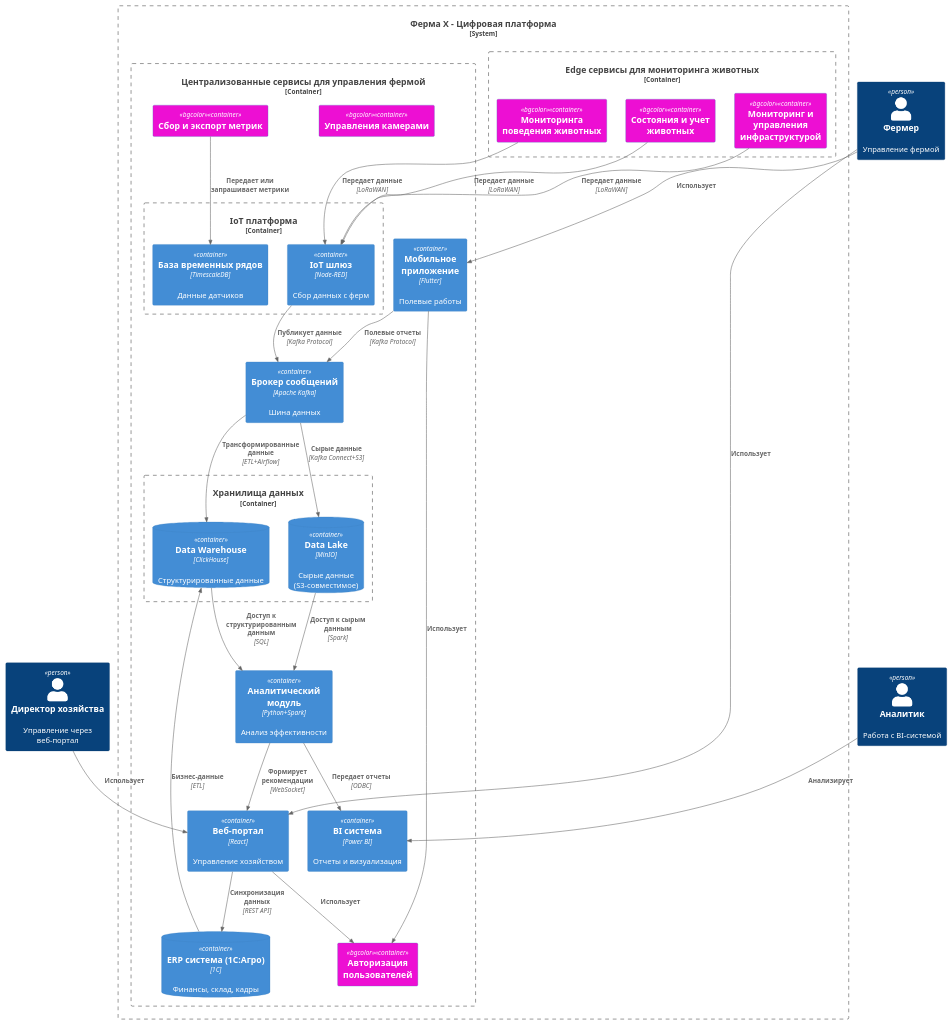
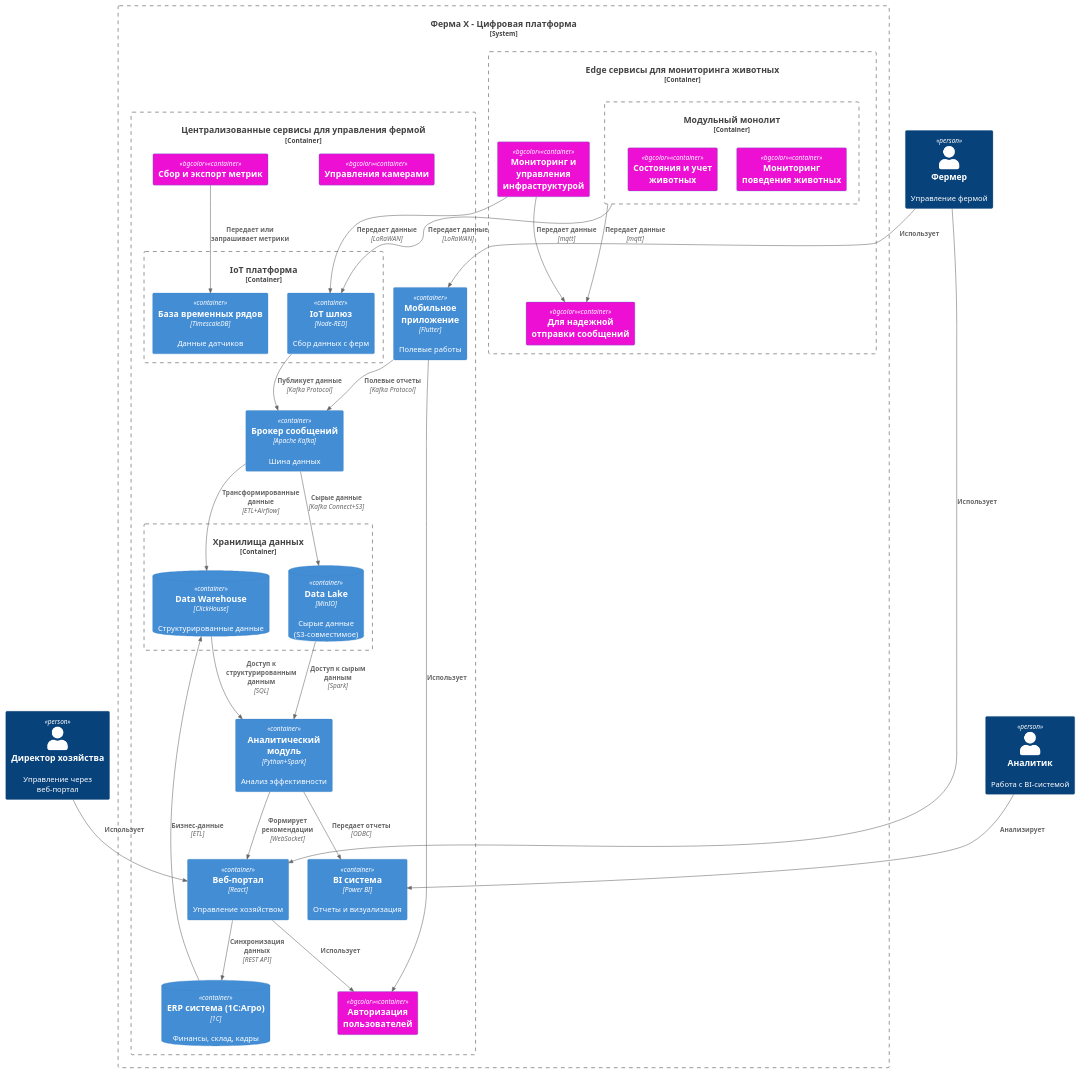
The diagram in Task2/c2_agrotech_reserve.puml (sharov-am/MSA-AgroTech), drawn with PlantUML before and after one commit. The commit also changed 2 other files, not shown here.

```diff
--- a/Task2/c2_agrotech_reserve.puml
+++ b/Task2/c2_agrotech_reserve.puml
@@ -1,76 +1,81 @@
 @startuml Архитектура_АгроТех_Системы_v4
 
 !include https://raw.githubusercontent.com/plantuml-stdlib/C4-PlantUML/master/C4_Container.puml
 
 
 AddSystemTag("bgcolor", $bgColor="#ed0fd3ff")
 
 ' === Участники ===
 Person(директор, "Директор хозяйства", "Управление через веб-портал")
 Person(аналитик, "Аналитик", "Работа с BI-системой")
 Person(фермер, "Фермер", "Управление фермой")
 
 System_Boundary(платформа, "Ферма Х - Цифровая платформа") {
        Container_Boundary(edge_сервисы, "Edge сервисы для мониторинга животных" ) {
-        Container(мониторинг_поведения_животных, "Мониторинга поведения животных", $tags="bgcolor")
-        Container(состояние_и_учет, "Состояния и учет животных", $tags="bgcolor")
+        Container_Boundary(модульный_монолит, "Модульный монолит"){
+          Container(мониторинг_поведения_животных, "Мониторинг поведения животных", $tags="bgcolor")
+          Container(состояние_и_учет, "Состояния и учет животных", $tags="bgcolor")
+        }
+        
         Container(инфраструктура_фермы, "Мониторинг и управления  инфраструктурой", $tags="bgcolor")        
+        Container(модем, "Для надежной отправки сообщений", $tags="bgcolor")
     }
     
     Container_Boundary(централизованные_сервисы, "Централизованные сервисы для управления фермой" ) {
         Container(управление_камерами, "Управления камерами", $tags="bgcolor")
         Container(метрики, "Сбор и экспорт метрик", $tags="bgcolor")
         Container(авторизация, "Авторизация пользователей", $tags="bgcolor")
         Container(kafka, "Брокер сообщений", "Apache Kafka", "Шина данных")
         Container_Boundary(iot_платформа, "IoT платформа") {
                    Container(iot_шлюз, "IoT шлюз", "Node-RED", "Сбор данных с ферм")
                    Container(tsdb, "База временных рядов", "TimescaleDB", "Данные датчиков")
        }
 
         Container(веб_портал, "Веб-портал", "React", "Управление хозяйством")
         Container(мобильное_приложение, "Мобильное приложение", "Flutter", "Полевые работы")
         ContainerDb(erp, "ERP система (1С:Агро)", "1С", "Финансы, склад, кадры")
                  
         Container_Boundary(данные, "Хранилища данных") {
            ContainerDb(data_lake, "Data Lake", "MinIO", "Сырые данные (S3-совместимое)")
            ContainerDb(dwh, "Data Warehouse", "ClickHouse", "Структурированные данные")
     }
     
     Container(bi, "BI система", "Power BI", "Отчеты и визуализация")
     Container(аналитика, "Аналитический модуль", "Python+Spark", "Анализ эффективности")
     }
 }
 
 ' === Взаимосвязи ===
 Rel(директор, веб_портал, "Использует")
 Rel(аналитик, bi, "Анализирует")
 Rel(фермер, веб_портал, "Использует")
 Rel(фермер, мобильное_приложение, "Использует")
 
 ' Центральная Kafka
 Rel(iot_шлюз, kafka, "Публикует данные", "Kafka Protocol")
 Rel(kafka, data_lake, "Сырые данные", "Kafka Connect+S3")
 Rel(kafka, dwh, "Трансформированные данные", "ETL+Airflow")
 
 
 ' Аналитика
 Rel(data_lake, аналитика, "Доступ к сырым данным", "Spark")
 Rel(dwh, аналитика, "Доступ к структурированным данным", "SQL")
 Rel(аналитика, bi, "Передает отчеты", "ODBC")
 Rel(аналитика, веб_портал, "Формирует рекомендации", "WebSocket")
 
 ' ERP интеграция
 Rel(веб_портал, erp, "Синхронизация данных", "REST API")
 Rel(erp, dwh, "Бизнес-данные", "ETL")
 Rel(мобильное_приложение, kafka, "Полевые отчеты", "Kafka Protocol")
 
 ' Фермерские системы
 Rel(веб_портал, авторизация, "Использует")
-Rel(мониторинг_поведения_животных, iot_шлюз, "Передает данные", "LoRaWAN")
-Rel(состояние_и_учет, iot_шлюз, "Передает данные", "LoRaWAN")
+Rel(модульный_монолит, iot_шлюз, "Передает данные", "LoRaWAN")
 Rel(метрики, tsdb, "Передает или запрашивает метрики")
 Rel(инфраструктура_фермы, iot_шлюз, "Передает данные", "LoRaWAN")
 Rel(мобильное_приложение, авторизация, "Использует")
+Rel(модульный_монолит, модем, "Передает данные", "mqtt")
+Rel(инфраструктура_фермы, модем, "Передает данные", "mqtt")
 
 
 @enduml
```
